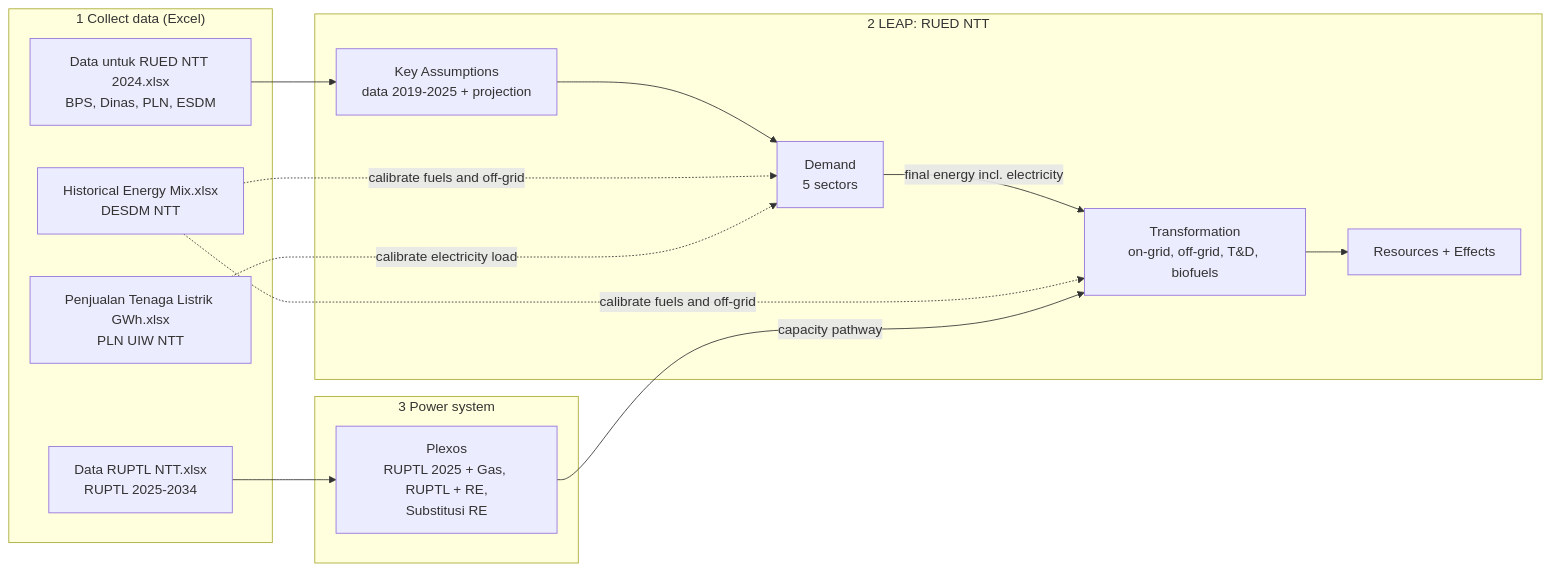
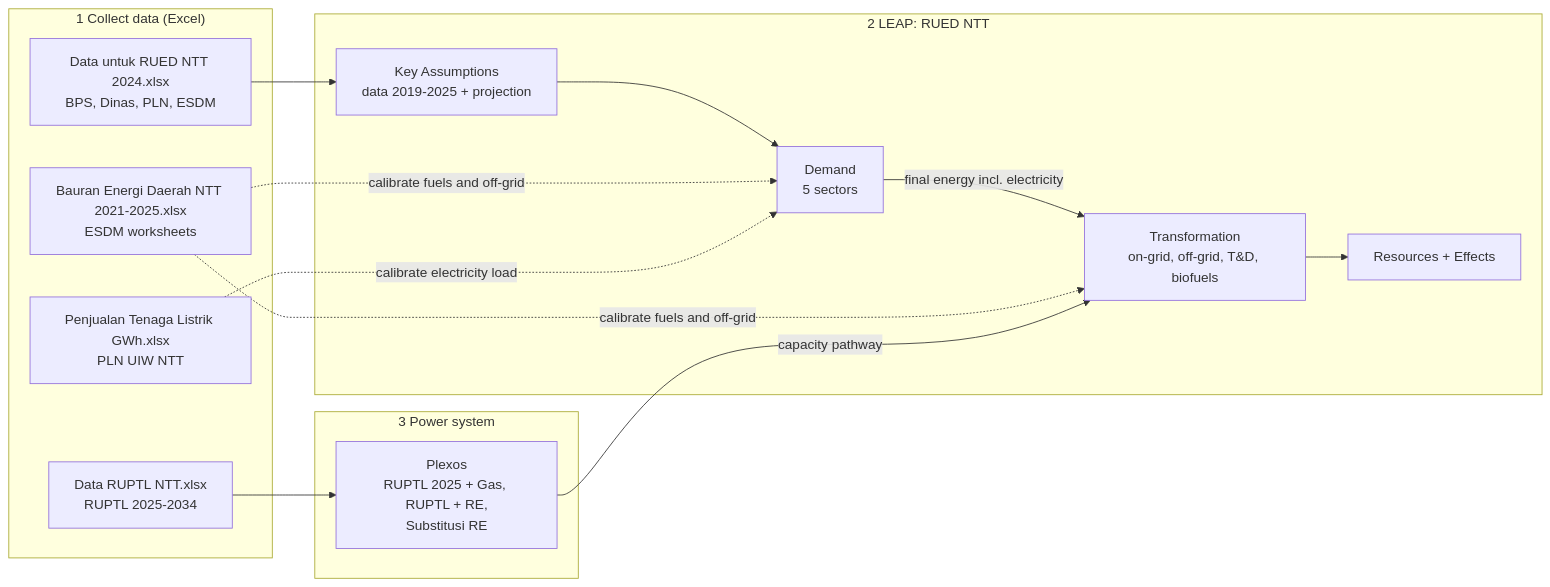
Before and after one commit to ajipintoko/RUED-NTT-2027-2036: the diagram in README.md, drawn with Mermaid. The commit also changed other lines of this file and 25 other files, not shown here.

Commit message:
Replace ESDM calibration data with compiled Bauran Energi Daerah NTT 2021-2025

````diff
--- a/README.md
+++ b/README.md
@@ -19,27 +19,27 @@
 ```mermaid
 flowchart LR
     subgraph DATA["1 Collect data (Excel)"]
         X1["Data untuk RUED NTT 2024.xlsx<br/>BPS, Dinas, PLN, ESDM"]
-        X2["Historical Energy Mix.xlsx<br/>DESDM NTT"]
+        X2["Bauran Energi Daerah NTT 2021-2025.xlsx<br/>ESDM worksheets"]
         X3["Penjualan Tenaga Listrik GWh.xlsx<br/>PLN UIW NTT"]
         X4["Data RUPTL NTT.xlsx<br/>RUPTL 2025-2034"]
     end
     subgraph LEAPM["2 LEAP: RUED NTT"]
         K["Key Assumptions<br/>data 2019-2025 + projection"]
         D["Demand<br/>5 sectors"]
         T["Transformation<br/>on-grid, off-grid, T&D, biofuels"]
         R["Resources + Effects"]
     end
     subgraph PLX["3 Power system"]
         P["Plexos<br/>RUPTL 2025 + Gas, RUPTL + RE,<br/>Substitusi RE"]
     end
     X1 --> K
     K --> D
     D -->|final energy incl. electricity| T
     X2 -. calibrate fuels and off-grid .-> D
     X2 -. calibrate fuels and off-grid .-> T
     X3 -. calibrate electricity load .-> D
     X4 --> P
     P -->|capacity pathway| T
     T --> R
 ```
````
